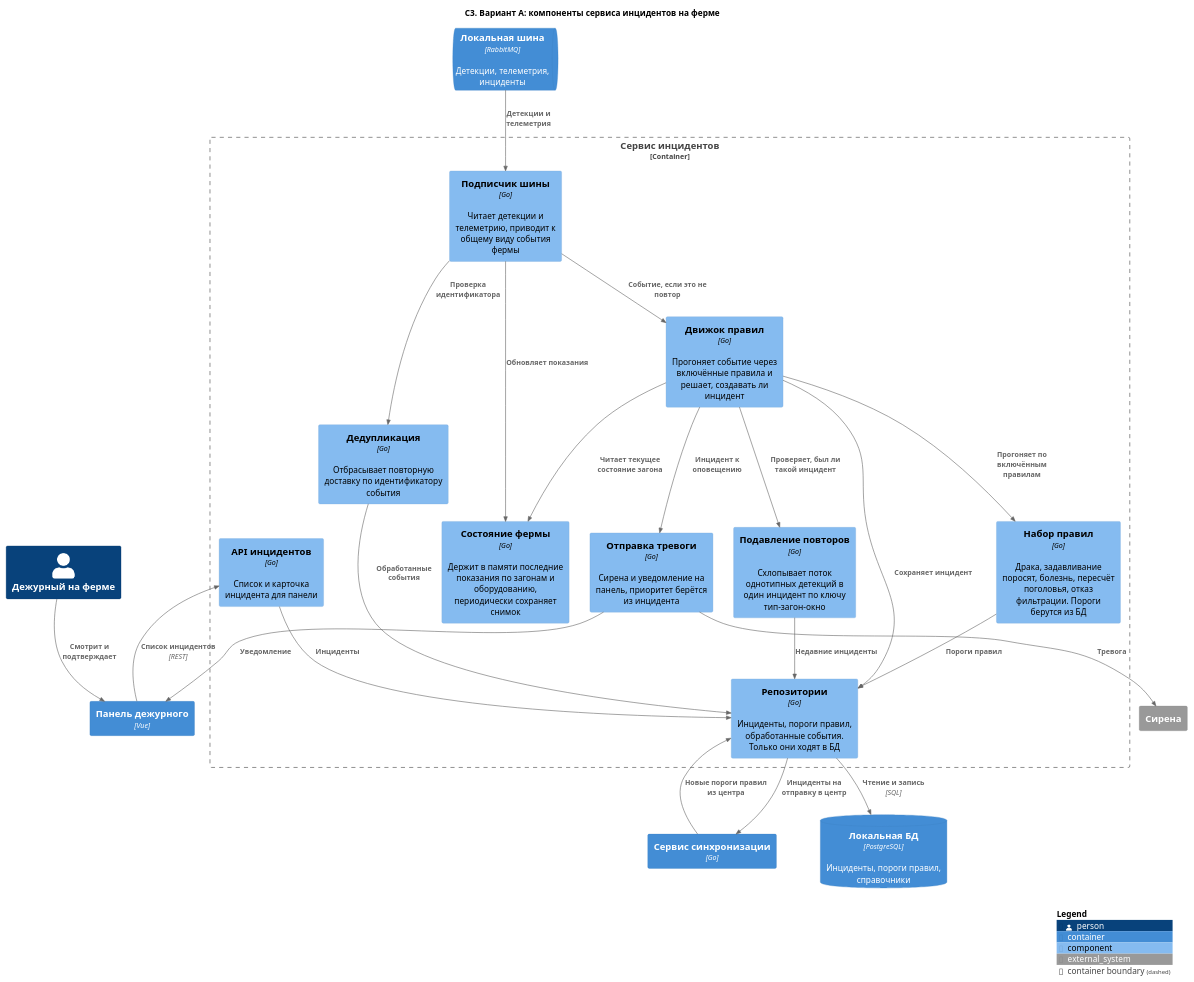
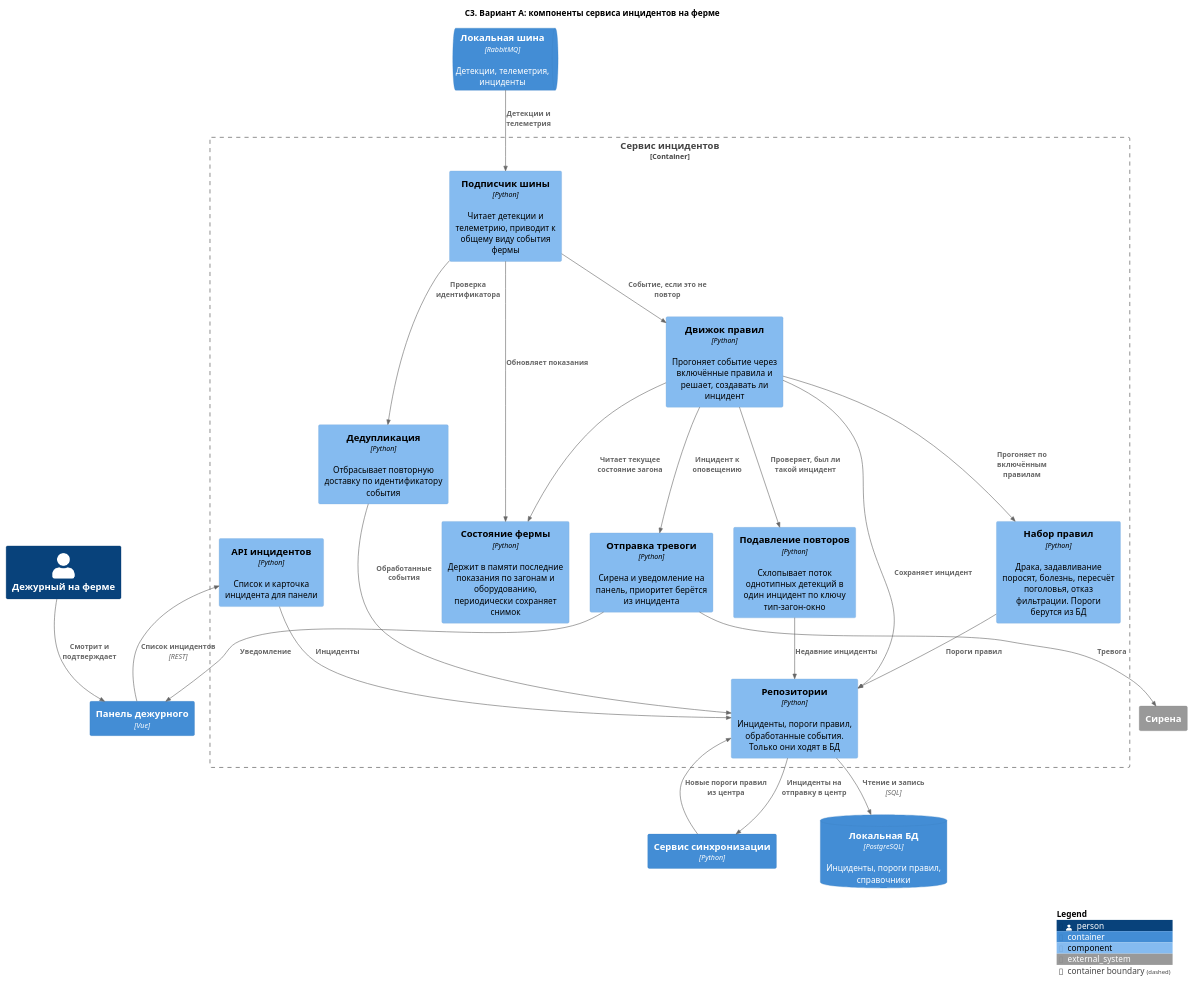
Before and after one commit to FCTL3314/MSA-AgroTech: the diagram in Task3/C3-main.puml, drawn with PlantUML. The commit also changed 24 other files, not shown here.

```diff
--- a/Task3/C3-main.puml
+++ b/Task3/C3-main.puml
@@ -1,47 +1,47 @@
 @startuml C3-main
 !include <C4/C4_Component>
 
 title C3. Вариант A: компоненты сервиса инцидентов на ферме
 
 Person(duty, "Дежурный на ферме")
 ContainerQueue(bus, "Локальная шина", "RabbitMQ", "Детекции, телеметрия, инциденты")
 ContainerDb(farmdb, "Локальная БД", "PostgreSQL", "Инциденты, пороги правил, справочники")
 Container(panel, "Панель дежурного", "Vue")
-Container(sync, "Сервис синхронизации", "Go")
+Container(sync, "Сервис синхронизации", "Python")
 System_Ext(siren, "Сирена")
 
 Container_Boundary(incidents, "Сервис инцидентов") {
-  Component(consumer, "Подписчик шины", "Go", "Читает детекции и телеметрию, приводит к общему виду события фермы")
-  Component(dedup, "Дедупликация", "Go", "Отбрасывает повторную доставку по идентификатору события")
-  Component(state, "Состояние фермы", "Go", "Держит в памяти последние показания по загонам и оборудованию, периодически сохраняет снимок")
-  Component(engine, "Движок правил", "Go", "Прогоняет событие через включённые правила и решает, создавать ли инцидент")
-  Component(rules, "Набор правил", "Go", "Драка, задавливание поросят, болезнь, пересчёт поголовья, отказ фильтрации. Пороги берутся из БД")
-  Component(suppress, "Подавление повторов", "Go", "Схлопывает поток однотипных детекций в один инцидент по ключу тип-загон-окно")
-  Component(repo, "Репозитории", "Go", "Инциденты, пороги правил, обработанные события. Только они ходят в БД")
-  Component(alarm, "Отправка тревоги", "Go", "Сирена и уведомление на панель, приоритет берётся из инцидента")
-  Component(api, "API инцидентов", "Go", "Список и карточка инцидента для панели")
+  Component(consumer, "Подписчик шины", "Python", "Читает детекции и телеметрию, приводит к общему виду события фермы")
+  Component(dedup, "Дедупликация", "Python", "Отбрасывает повторную доставку по идентификатору события")
+  Component(state, "Состояние фермы", "Python", "Держит в памяти последние показания по загонам и оборудованию, периодически сохраняет снимок")
+  Component(engine, "Движок правил", "Python", "Прогоняет событие через включённые правила и решает, создавать ли инцидент")
+  Component(rules, "Набор правил", "Python", "Драка, задавливание поросят, болезнь, пересчёт поголовья, отказ фильтрации. Пороги берутся из БД")
+  Component(suppress, "Подавление повторов", "Python", "Схлопывает поток однотипных детекций в один инцидент по ключу тип-загон-окно")
+  Component(repo, "Репозитории", "Python", "Инциденты, пороги правил, обработанные события. Только они ходят в БД")
+  Component(alarm, "Отправка тревоги", "Python", "Сирена и уведомление на панель, приоритет берётся из инцидента")
+  Component(api, "API инцидентов", "Python", "Список и карточка инцидента для панели")
 }
 
 Rel(bus, consumer, "Детекции и телеметрия")
 Rel(consumer, dedup, "Проверка идентификатора")
 Rel(dedup, repo, "Обработанные события")
 Rel(consumer, state, "Обновляет показания")
 Rel(consumer, engine, "Событие, если это не повтор")
 Rel(engine, state, "Читает текущее состояние загона")
 Rel(engine, rules, "Прогоняет по включённым правилам")
 Rel(rules, repo, "Пороги правил")
 Rel(engine, suppress, "Проверяет, был ли такой инцидент")
 Rel(suppress, repo, "Недавние инциденты")
 Rel(engine, repo, "Сохраняет инцидент")
 Rel(engine, alarm, "Инцидент к оповещению")
 Rel(alarm, siren, "Тревога")
 Rel(alarm, panel, "Уведомление")
 Rel(repo, farmdb, "Чтение и запись", "SQL")
 Rel(panel, api, "Список инцидентов", "REST")
 Rel(api, repo, "Инциденты")
 Rel(duty, panel, "Смотрит и подтверждает")
 Rel(repo, sync, "Инциденты на отправку в центр")
 Rel(sync, repo, "Новые пороги правил из центра")
 
 SHOW_LEGEND()
 @enduml
```
